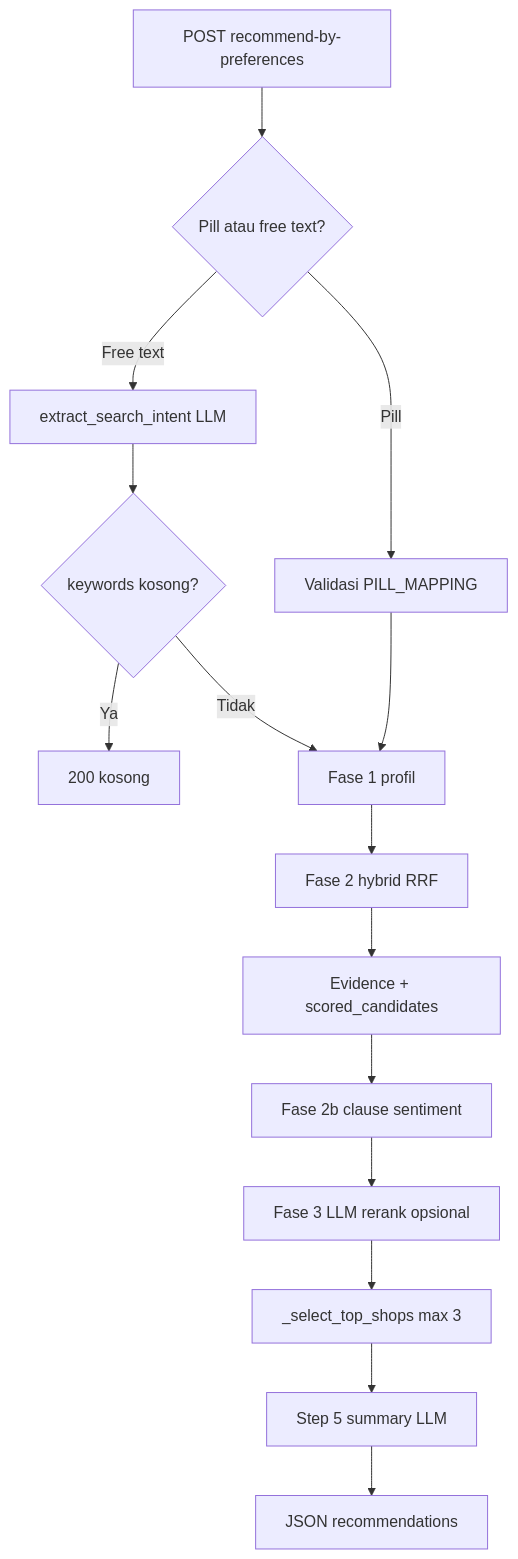
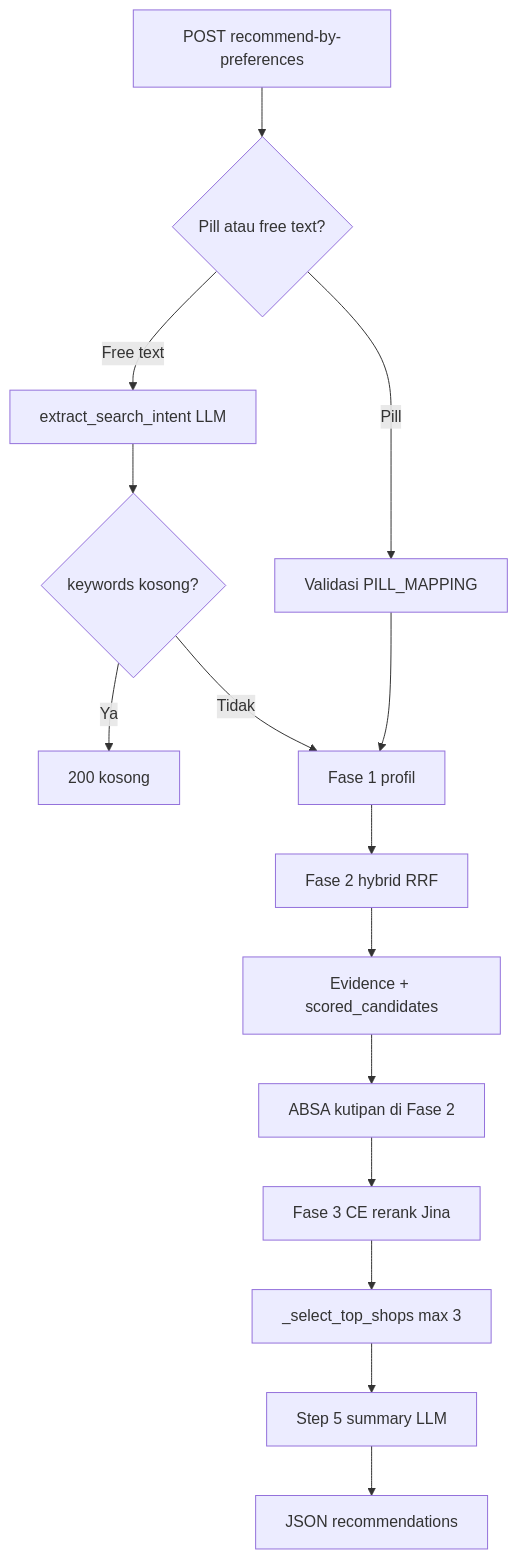
Before and after one commit to Viliora/COFIND: the diagram in docs/arsitektur-rekomendasi.md, drawn with Mermaid. The commit also changed other lines of this file and 284 other files, not shown here.

````diff
--- a/docs/arsitektur-rekomendasi.md
+++ b/docs/arsitektur-rekomendasi.md
@@ -13,17 +13,17 @@
 ```mermaid
 flowchart TD
   A[POST recommend-by-preferences] --> B{Pill atau free text?}
   B -->|Pill| C[Validasi PILL_MAPPING]
   B -->|Free text| D[extract_search_intent LLM]
   D --> E{keywords kosong?}
   E -->|Ya| F[200 kosong]
   E -->|Tidak| G[Fase 1 profil]
   C --> G
   G --> H[Fase 2 hybrid RRF]
   H --> I[Evidence + scored_candidates]
-  I --> J[Fase 2b clause sentiment]
-  J --> K[Fase 3 LLM rerank opsional]
+  I --> J[ABSA kutipan di Fase 2]
+  J --> K[Fase 3 CE rerank Jina]
   K --> L[_select_top_shops max 3]
   L --> M[Step 5 summary LLM]
   M --> N[JSON recommendations]
 ```
````
